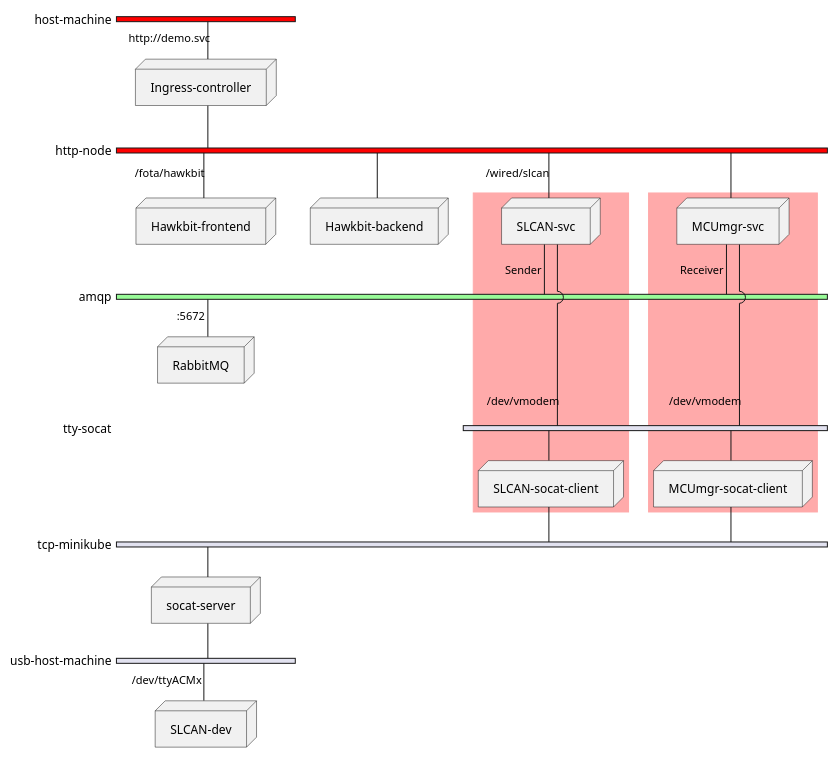
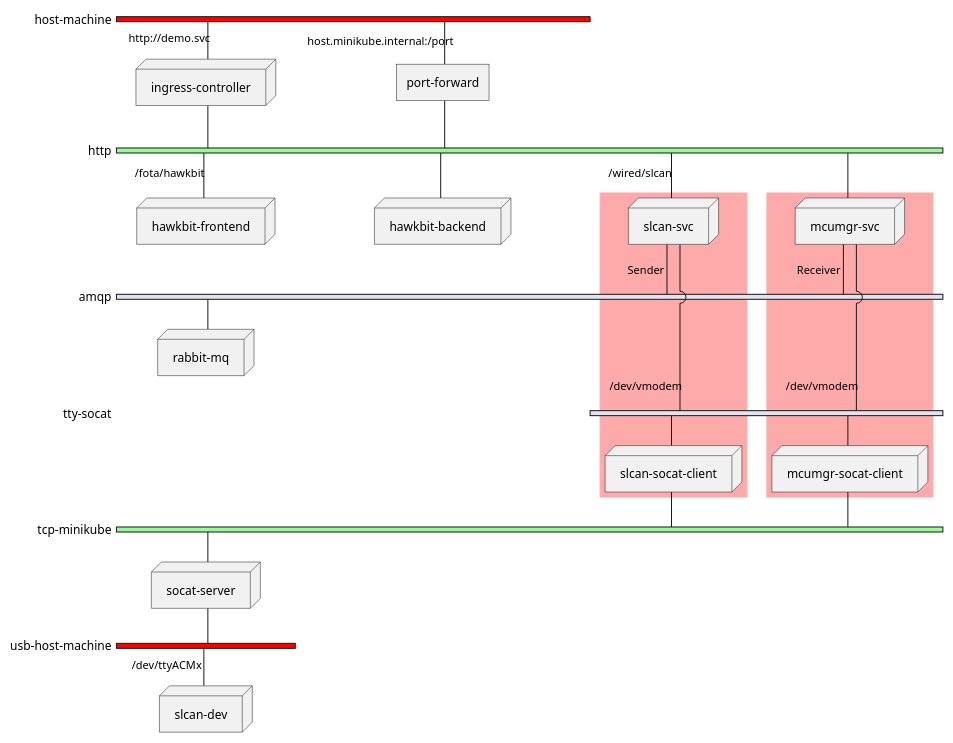
One commit to jonathanyhliang/demo-svc changed the diagram in docs/plantuml/src/demo-svc.plantuml. Above: the diagram before and after it, drawn with PlantUML. The commit also changed 4 other files, not shown here.

Commit message:
Update diagram

```diff
--- a/docs/plantuml/src/demo-svc.plantuml
+++ b/docs/plantuml/src/demo-svc.plantuml
@@ -1,48 +1,51 @@
-@startuml
+@startuml demo-svc
 nwdiag {
 
   group slcan {
     color = "#FFAAAA";
-    SLCAN-svc
-    SLCAN-socat-client
+    slcan-svc
+    slcan-socat-client
   }
   group mcumgr {
     color = "#FFAAAA";
-    MCUmgr-svc
-    MCUmgr-socat-client
+    mcumgr-svc
+    mcumgr-socat-client
   }
   network host-machine {
     color = "red"
-    Ingress-controller [address = "http://demo.svc                           ", shape = node]
+    ingress-controller [address = "http://demo.svc                           ", shape = node]
+    port-forward [address = "host.minikube.internal:/port                                             "]
   }
-  network http-node {
-    color = "red"
-    Hawkbit-frontend [address = "/fota/hawkbit                        ", shape = node]
-    Hawkbit-backend [address = """, shape = node]
-    SLCAN-svc [address = "/wired/slcan                      "]
-    MCUmgr-svc
-    Ingress-controller
+  network http {
+    color = "palegreen"
+    hawkbit-frontend [address = "/fota/hawkbit                        ", shape = node]
+    hawkbit-backend [address = """, shape = node]
+    slcan-svc [address = "/wired/slcan                      "]
+    mcumgr-svc
+    ingress-controller
+    port-forward
   }
   network amqp {
-    color = "palegreen"
-    SLCAN-svc [address = "Sender ", shape = node]
-    MCUmgr-svc [address = "Receiver ", shape = node]
-    RabbitMQ [address = ":5672            ", shape = node ]
+    slcan-svc [address = "Sender ", shape = node]
+    mcumgr-svc [address = "Receiver ", shape = node]
+    rabbit-mq [shape = node ]
   }
   network tty-socat {
-    SLCAN-svc [address = "/dev/vmodem                        "]
-    MCUmgr-svc [address = "/dev/vmodem                        "]
-    SLCAN-socat-client [, shape = node]
-    MCUmgr-socat-client [, shape = node]
+    slcan-svc [address = "/dev/vmodem                        "]
+    mcumgr-svc [address = "/dev/vmodem                        "]
+    slcan-socat-client [, shape = node]
+    mcumgr-socat-client [, shape = node]
   }
   network tcp-minikube {
-    SLCAN-socat-client
-    MCUmgr-socat-client
+    color = "palegreen"
+    slcan-socat-client
+    mcumgr-socat-client
     socat-server [, shape = node]
   }
   network usb-host-machine {
+    color = "red"
     socat-server
-    SLCAN-dev [address = "/dev/ttyACMx                          ", shape = node]
+    slcan-dev [address = "/dev/ttyACMx                          ", shape = node]
   }
 }
 @enduml
```
